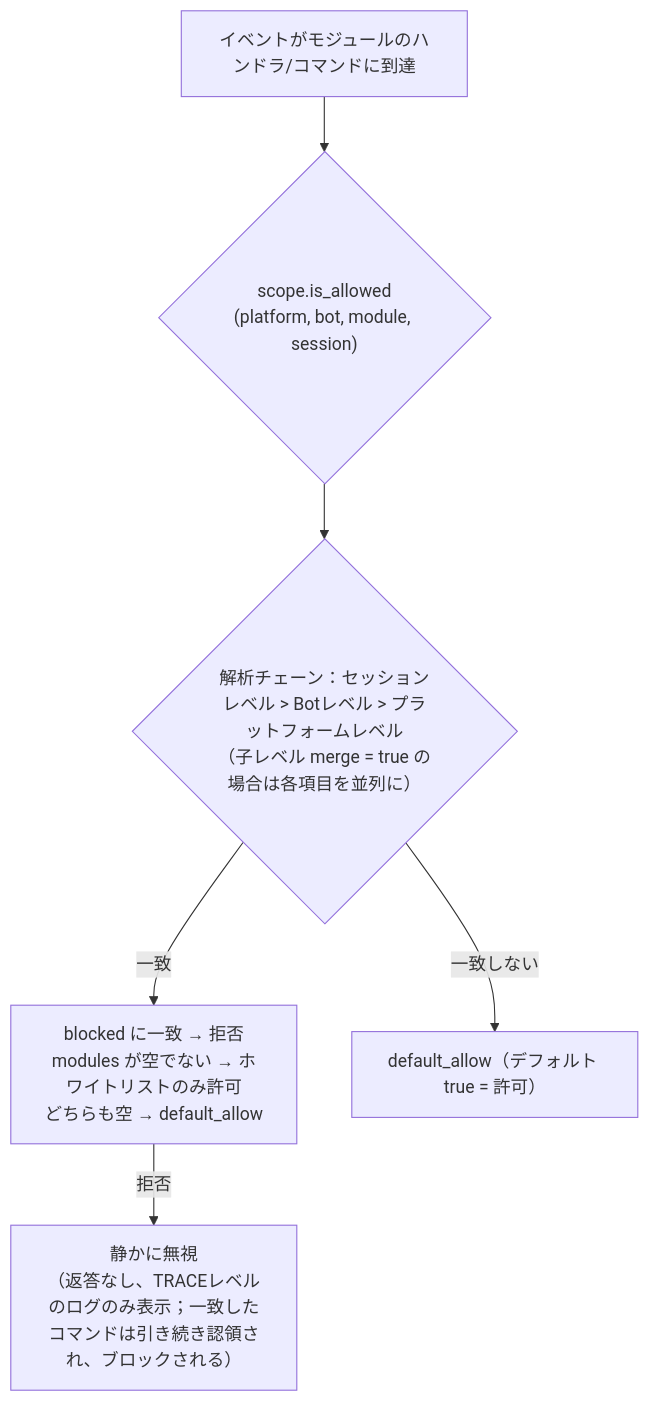
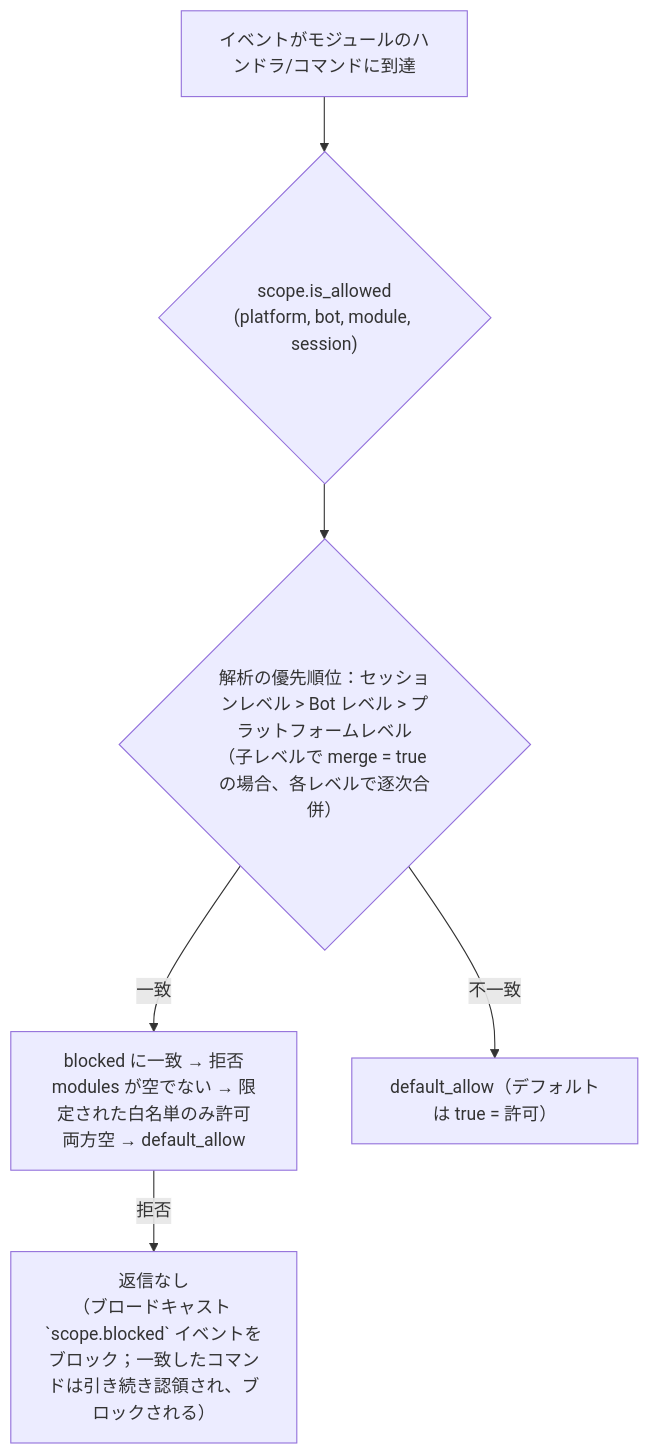
One commit to ErisPulse/ErisPulse changed the diagram in docs/ja/advanced/scope.md. Above: the diagram before and after it, drawn with Mermaid. The commit also changed other lines of this file and 23 other files, not shown here.

````diff
--- a/docs/ja/advanced/scope.md
+++ b/docs/ja/advanced/scope.md
@@ -95,8 +95,8 @@
 ```mermaid
 flowchart TD
     A["イベントがモジュールのハンドラ/コマンドに到達"] --> B{"scope.is_allowed<br/>(platform, bot, module, session)"}
-    B --> C{"解析チェーン：セッションレベル > Botレベル > プラットフォームレベル<br/>（子レベル merge = true の場合は各項目を並列に）"}
-    C -->|"一致"| D["blocked に一致 → 拒否<br/>modules が空でない → ホワイトリストのみ許可<br/>どちらも空 → default_allow"]
-    C -->|"一致しない"| E["default_allow（デフォルト true = 許可）"]
-    D -->|"拒否"| Z["静かに無視<br/>（返答なし、TRACEレベルのログのみ表示；一致したコマンドは引き続き認領され、ブロックされる）"]
+    B --> C{"解析の優先順位：セッションレベル > Bot レベル > プラットフォームレベル<br/>（子レベルで merge = true の場合、各レベルで逐次合併）"}
+    C -->|"一致"| D["blocked に一致 → 拒否<br/>modules が空でない → 限定された白名単のみ許可<br/>両方空 → default_allow"]
+    C -->|"不一致"| E["default_allow（デフォルトは true = 許可）"]
+    D -->|"拒否"| Z["返信なし<br/>（ブロードキャスト `scope.blocked` イベントをブロック；一致したコマンドは引き続き認領され、ブロックされる）"]
 ```
````
